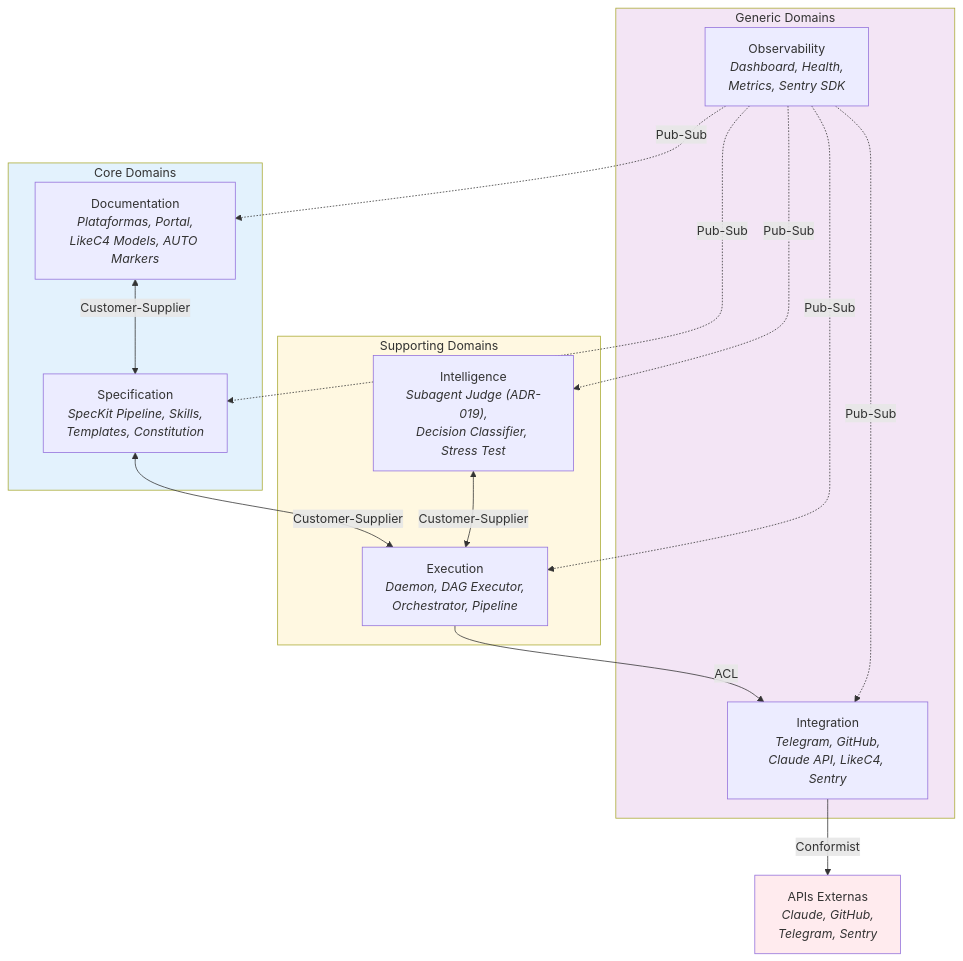
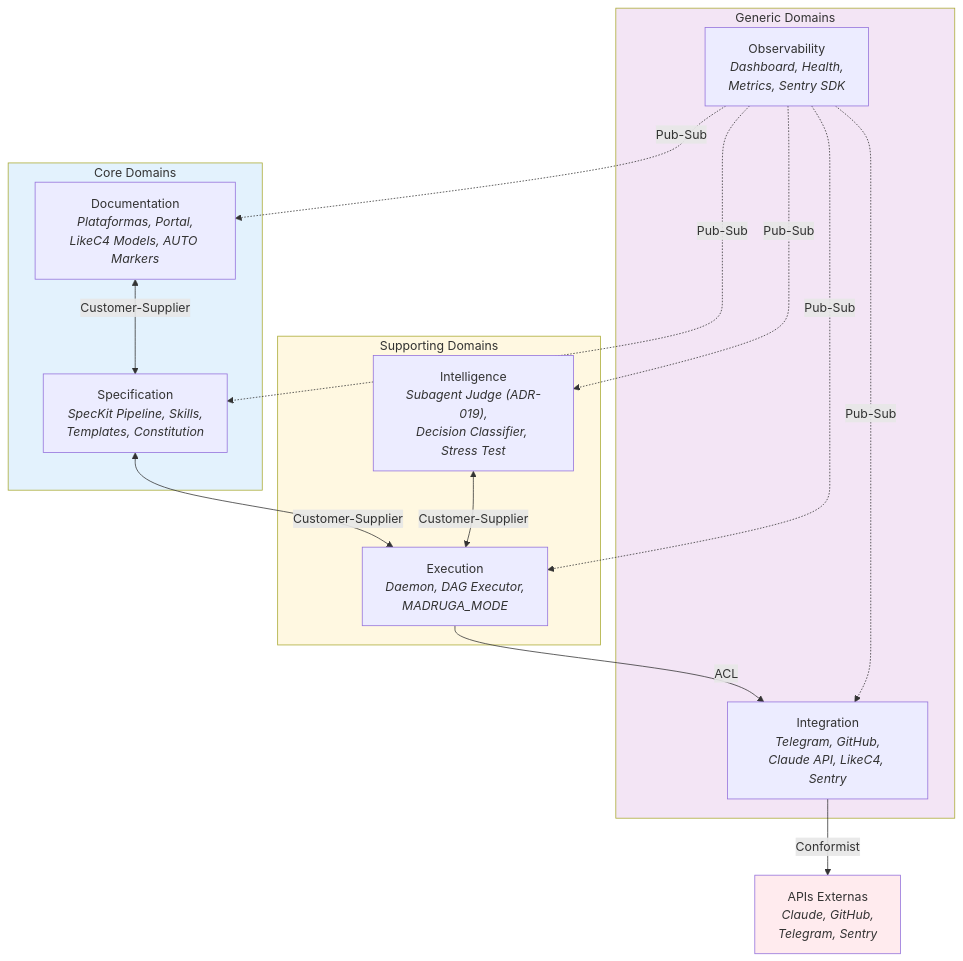
One commit to paceautomations/madruga.ai changed the diagram in platforms/madruga-ai/engineering/context-map.md. Above: the diagram before and after it, drawn with Mermaid. The commit also changed other lines of this file and 63 other files, not shown here.

````diff
--- a/platforms/madruga-ai/engineering/context-map.md
+++ b/platforms/madruga-ai/engineering/context-map.md
@@ -11,33 +11,33 @@
 ```mermaid
 graph TB
     subgraph core["Core Domains"]
         doc["Documentation<br/><i>Plataformas, Portal,<br/>LikeC4 Models, AUTO Markers</i>"]
         spec["Specification<br/><i>SpecKit Pipeline, Skills,<br/>Templates, Constitution</i>"]
     end
 
     subgraph supporting["Supporting Domains"]
-        exec["Execution<br/><i>Daemon, DAG Executor,<br/>Orchestrator, Pipeline</i>"]
+        exec["Execution<br/><i>Daemon, DAG Executor,<br/>MADRUGA_MODE</i>"]
         intel["Intelligence<br/><i>Subagent Judge (ADR-019),<br/>Decision Classifier, Stress Test</i>"]
     end
 
     subgraph generic["Generic Domains"]
         integ["Integration<br/><i>Telegram, GitHub,<br/>Claude API, LikeC4, Sentry</i>"]
         obs["Observability<br/><i>Dashboard, Health,<br/>Metrics, Sentry SDK</i>"]
     end
 
     doc <-->|"Customer-Supplier"| spec
     spec <-->|"Customer-Supplier"| exec
     exec -->|"ACL"| integ
     intel <-->|"Customer-Supplier"| exec
     obs -.->|"Pub-Sub"| doc
     obs -.->|"Pub-Sub"| spec
     obs -.->|"Pub-Sub"| exec
     obs -.->|"Pub-Sub"| intel
     obs -.->|"Pub-Sub"| integ
     integ -->|"Conformist"| ext["APIs Externas<br/><i>Claude, GitHub,<br/>Telegram, Sentry</i>"]
 
     style core fill:#E3F2FD
     style supporting fill:#FFF8E1
     style generic fill:#F3E5F5
     style ext fill:#FFEBEE
 ```
````
